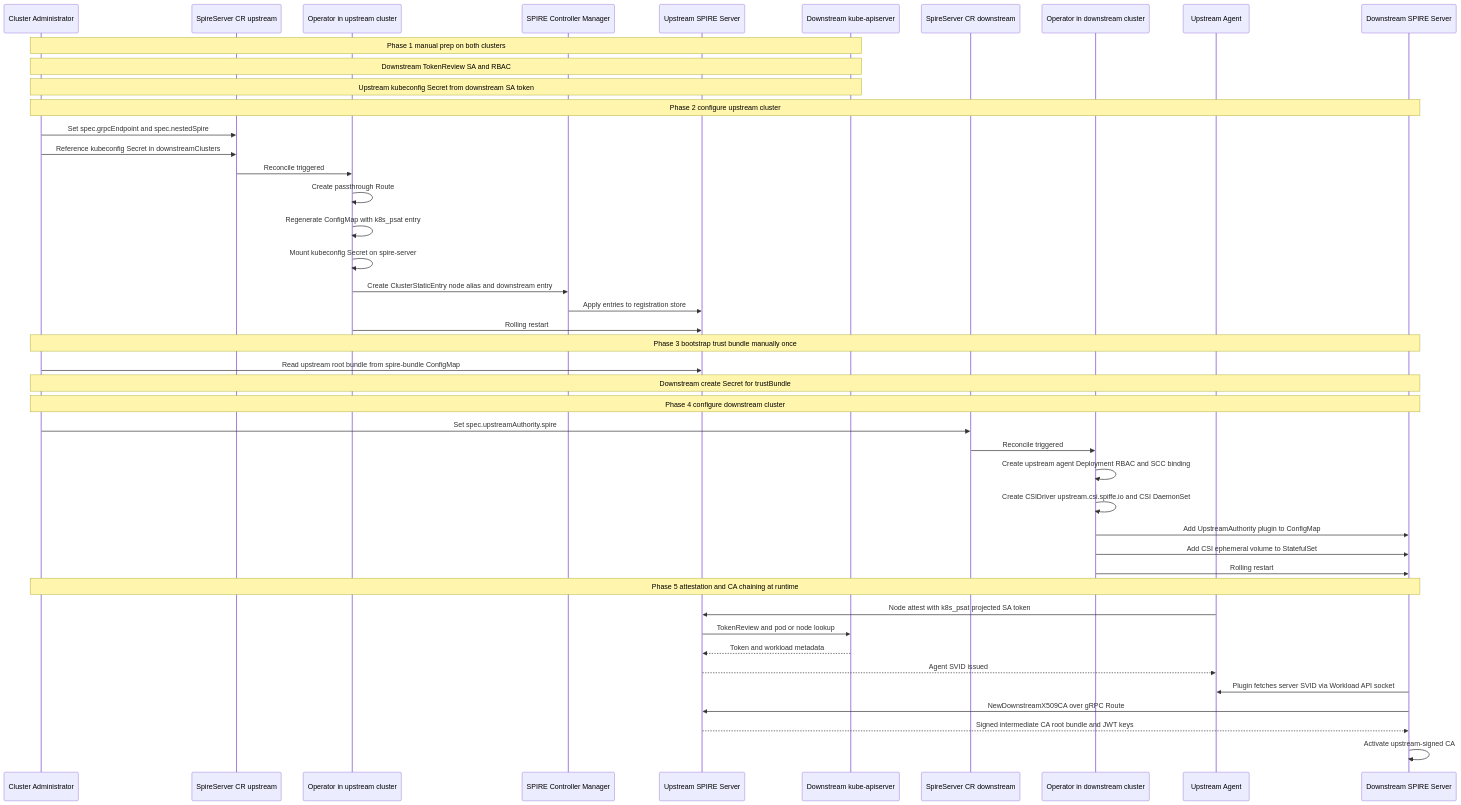
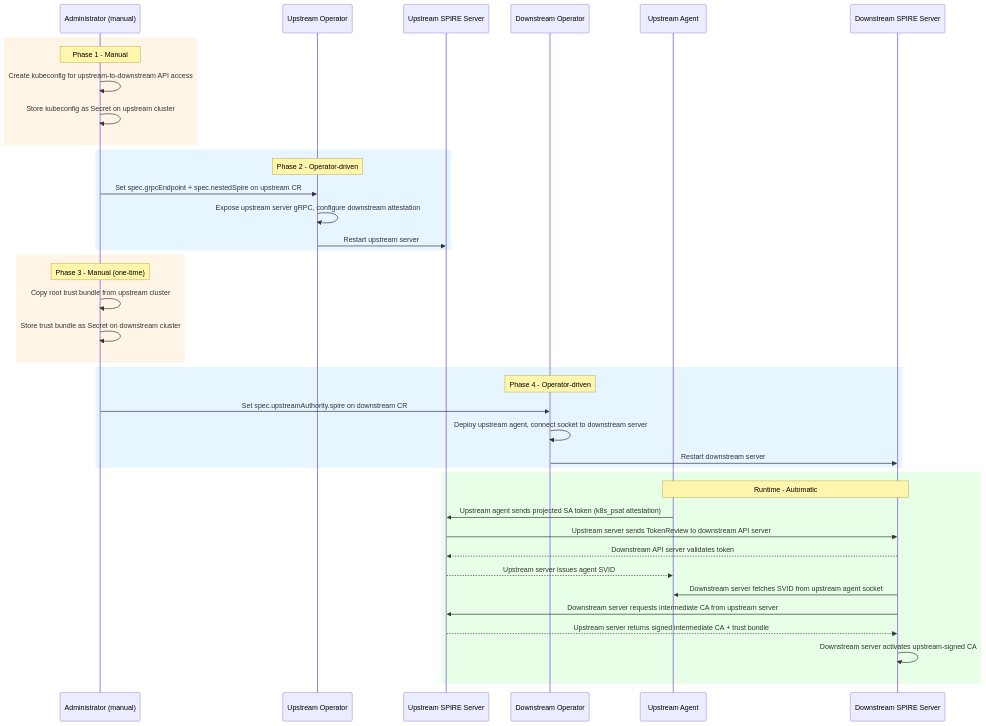
One commit to openshift/enhancements changed the diagram in enhancements/workload-identity-management/nested-spire-support.md. Above: the diagram before and after it, drawn with Mermaid. The commit also changed other lines of this file, not shown here.

````diff
--- a/enhancements/workload-identity-management/nested-spire-support.md
+++ b/enhancements/workload-identity-management/nested-spire-support.md
@@ -111,51 +108,47 @@
 ```mermaid
 sequenceDiagram
-    participant Admin as Cluster Administrator
-    participant UpCR as SpireServer CR upstream
-    participant UpOp as Operator in upstream cluster
-    participant SCM as SPIRE Controller Manager
+    participant Admin as Administrator (manual)
+    participant UpOp as Upstream Operator
     participant UpSrv as Upstream SPIRE Server
-    participant DownAPI as Downstream kube-apiserver
-    participant DownCR as SpireServer CR downstream
-    participant DownOp as Operator in downstream cluster
+    participant DownOp as Downstream Operator
     participant UpAgent as Upstream Agent
     participant DownSrv as Downstream SPIRE Server
 
-    Note over Admin,DownAPI: Phase 1 manual prep on both clusters
-    Note over Admin,DownAPI: Downstream TokenReview SA and RBAC
-    Note over Admin,DownAPI: Upstream kubeconfig Secret from downstream SA token
+    rect rgb(255, 245, 230)
+    Note over Admin: Phase 1 - Manual
+    Admin->>Admin: Create kubeconfig for upstream-to-downstream API access
+    Admin->>Admin: Store kubeconfig as Secret on upstream cluster
+    end
 
-    Note over Admin,DownSrv: Phase 2 configure upstream cluster
-    Admin->>UpCR: Set spec.grpcEndpoint and spec.nestedSpire
-    Admin->>UpCR: Reference kubeconfig Secret in downstreamClusters
-    UpCR->>UpOp: Reconcile triggered
-    UpOp->>UpOp: Create passthrough Route
-    UpOp->>UpOp: Regenerate ConfigMap with k8s_psat entry
-    UpOp->>UpOp: Mount kubeconfig Secret on spire-server
-    UpOp->>SCM: Create ClusterStaticEntry node alias and downstream entry
-    SCM->>UpSrv: Apply entries to registration store
-    UpOp->>UpSrv: Rolling restart
+    rect rgb(230, 245, 255)
+    Note over UpOp: Phase 2 - Operator-driven
+    Admin->>UpOp: Set spec.grpcEndpoint + spec.nestedSpire on upstream CR
+    UpOp->>UpOp: Expose upstream server gRPC, configure downstream attestation
+    UpOp->>UpSrv: Restart upstream server
+    end
 
-    Note over Admin,DownSrv: Phase 3 bootstrap trust bundle manually once
-    Admin->>UpSrv: Read upstream root bundle from spire-bundle ConfigMap
-    Note over Admin,DownSrv: Downstream create Secret for trustBundle
+    rect rgb(255, 245, 230)
+    Note over Admin: Phase 3 - Manual (one-time)
+    Admin->>Admin: Copy root trust bundle from upstream cluster
+    Admin->>Admin: Store trust bundle as Secret on downstream cluster
+    end
 
-    Note over Admin,DownSrv: Phase 4 configure downstream cluster
-    Admin->>DownCR: Set spec.upstreamAuthority.spire
-    DownCR->>DownOp: Reconcile triggered
-    DownOp->>DownOp: Create upstream agent Deployment RBAC and SCC binding
-    DownOp->>DownOp: Create CSIDriver upstream.csi.spiffe.io and CSI DaemonSet
-    DownOp->>DownSrv: Add UpstreamAuthority plugin to ConfigMap
-    DownOp->>DownSrv: Add CSI ephemeral volume to StatefulSet
-    DownOp->>DownSrv: Rolling restart
+    rect rgb(230, 245, 255)
+    Note over DownOp: Phase 4 - Operator-driven
+    Admin->>DownOp: Set spec.upstreamAuthority.spire on downstream CR
+    DownOp->>DownOp: Deploy upstream agent, connect socket to downstream server
+    DownOp->>DownSrv: Restart downstream server
+    end
 
-    Note over Admin,DownSrv: Phase 5 attestation and CA chaining at runtime
-    UpAgent->>UpSrv: Node attest with k8s_psat projected SA token
-    UpSrv->>DownAPI: TokenReview and pod or node lookup
-    DownAPI-->>UpSrv: Token and workload metadata
-    UpSrv-->>UpAgent: Agent SVID issued
-    DownSrv->>UpAgent: Plugin fetches server SVID via Workload API socket
-    DownSrv->>UpSrv: NewDownstreamX509CA over gRPC Route
-    UpSrv-->>DownSrv: Signed intermediate CA root bundle and JWT keys
-    DownSrv->>DownSrv: Activate upstream-signed CA
+    rect rgb(230, 255, 230)
+    Note over UpAgent,DownSrv: Runtime - Automatic
+    UpAgent->>UpSrv: Upstream agent sends projected SA token (k8s_psat attestation)
+    UpSrv->>DownSrv: Upstream server sends TokenReview to downstream API server
+    DownSrv-->>UpSrv: Downstream API server validates token
+    UpSrv-->>UpAgent: Upstream server issues agent SVID
+    DownSrv->>UpAgent: Downstream server fetches SVID from upstream agent socket
+    DownSrv->>UpSrv: Downstream server requests intermediate CA from upstream server
+    UpSrv-->>DownSrv: Upstream server returns signed intermediate CA + trust bundle
+    DownSrv->>DownSrv: Downstream server activates upstream-signed CA
+    end
 ```
````
